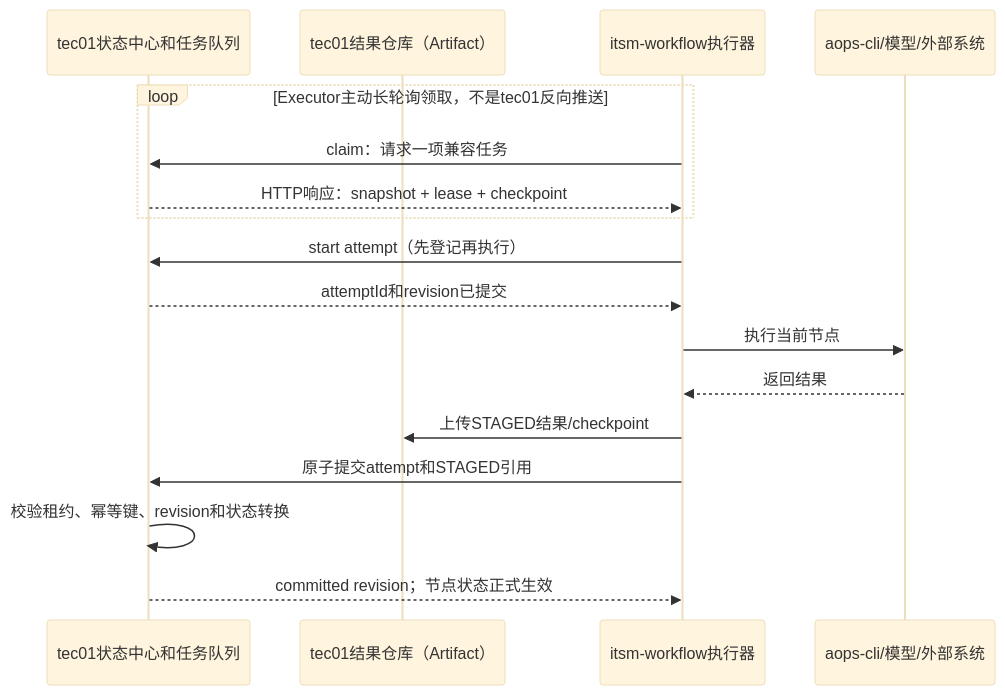
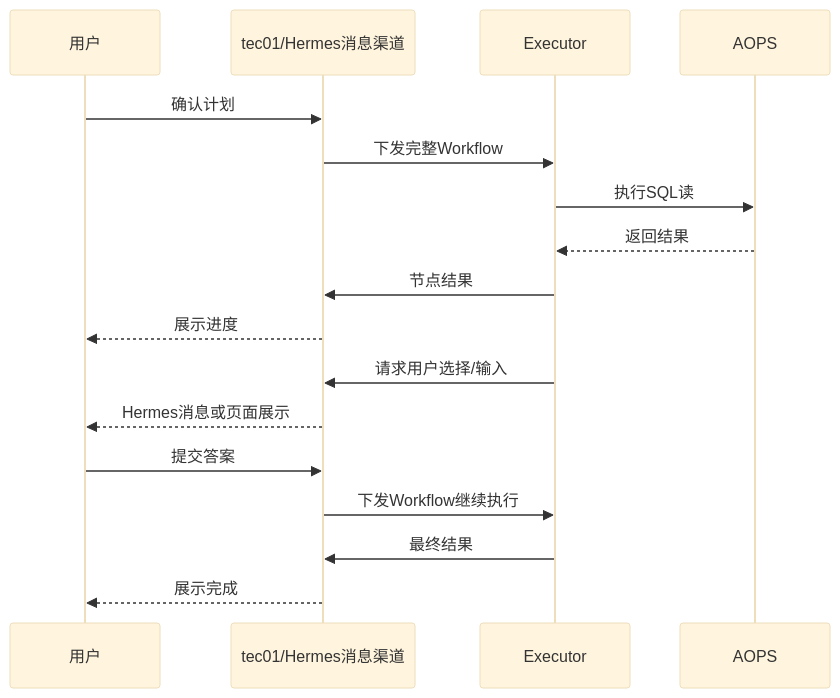
One commit to armin1024/itsm-workflow changed the second of 2 diagrams in docs/tec01-integration-contract.md. Above: the diagram before and after it, drawn with Mermaid (base theme). The commit also changed other lines of this file and 7 other files, not shown here.

Commit message:
docs: simplify tec01 push scheduling and user flows

````diff
--- a/docs/tec01-integration-contract.md
+++ b/docs/tec01-integration-contract.md
@@ -721,19 +300,20 @@
 ```mermaid
 sequenceDiagram
-    participant T as tec01状态中心和任务队列
-    participant A as tec01结果仓库（Artifact）
-    participant E as itsm-workflow执行器
-    participant X as aops-cli/模型/外部系统
-    loop Executor主动长轮询领取，不是tec01反向推送
-        E->>T: claim：请求一项兼容任务
-        T-->>E: HTTP响应：snapshot + lease + checkpoint
-    end
-    E->>T: start attempt（先登记再执行）
-    T-->>E: attemptId和revision已提交
-    E->>X: 执行当前节点
-    X-->>E: 返回结果
-    E->>A: 上传STAGED结果/checkpoint
-    E->>T: 原子提交attempt和STAGED引用
-    T->>T: 校验租约、幂等键、revision和状态转换
-    T-->>E: committed revision；节点状态正式生效
+    participant U as 用户
+    participant T as tec01/Hermes消息渠道
+    participant E as Executor
+    participant A as AOPS
+
+    U->>T: 确认计划
+    T->>E: 下发完整Workflow
+    E->>A: 执行SQL读
+    A-->>E: 返回结果
+    E->>T: 节点结果
+    T-->>U: 展示进度
+    E->>T: 请求用户选择/输入
+    T-->>U: Hermes消息或页面展示
+    U->>T: 提交答案
+    T->>E: 下发Workflow继续执行
+    E->>T: 最终结果
+    T-->>U: 展示完成
 ```
````
